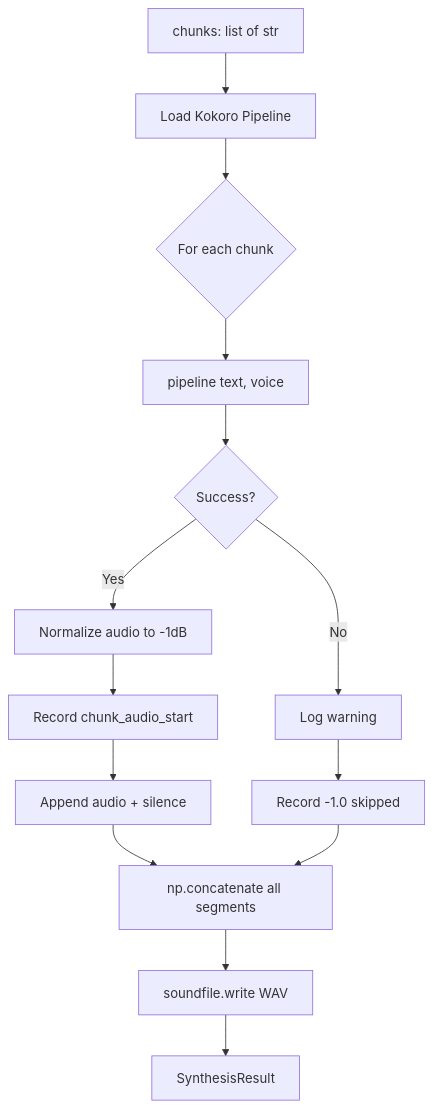
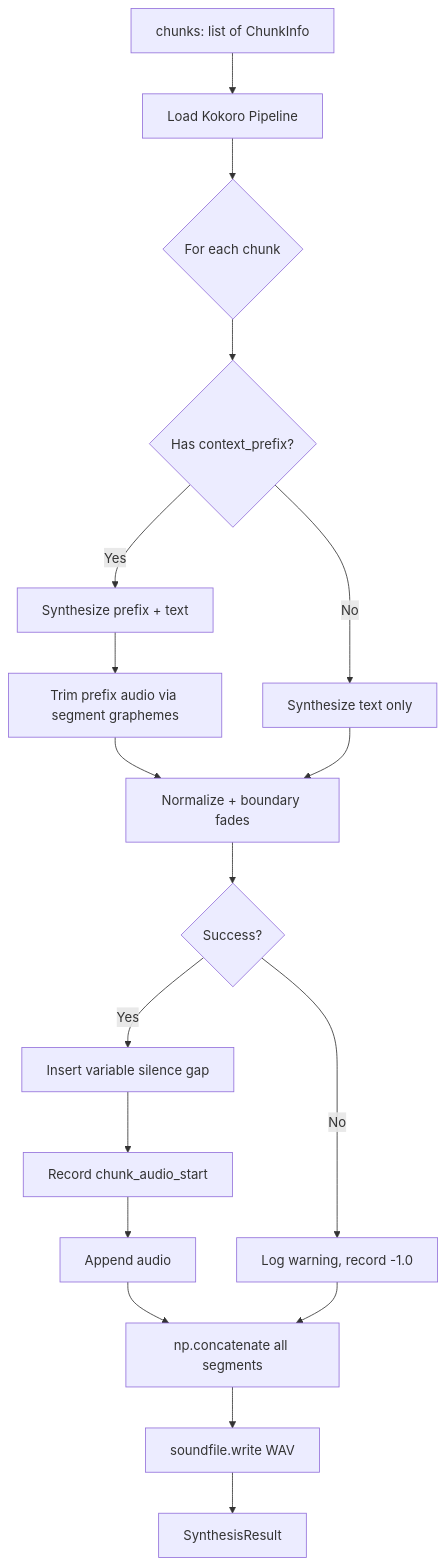
Before and after one commit to jkoeh/openshelf: the diagram in pipeline/docs/step3-tts.md, drawn with Mermaid. The commit also changed other lines of this file and 39 other files, not shown here.

````diff
--- a/pipeline/docs/step3-tts.md
+++ b/pipeline/docs/step3-tts.md
@@ -10,16 +10,20 @@
 ```mermaid
 graph TD
-    A[chunks: list of str] --> B[Load Kokoro Pipeline]
+    A[chunks: list of ChunkInfo] --> B[Load Kokoro Pipeline]
     B --> C{For each chunk}
-    C --> D[pipeline text, voice]
-    D --> E{Success?}
-    E -->|Yes| F[Normalize audio to -1dB]
-    F --> G[Record chunk_audio_start]
-    G --> H[Append audio + silence]
-    E -->|No| I[Log warning]
-    I --> J[Record -1.0 skipped]
-    H --> K[np.concatenate all segments]
-    J --> K
-    K --> L[soundfile.write WAV]
-    L --> M[SynthesisResult]
+    C --> D{Has context_prefix?}
+    D -->|Yes| E[Synthesize prefix + text]
+    E --> F[Trim prefix audio via segment graphemes]
+    D -->|No| G[Synthesize text only]
+    F --> H[Normalize + boundary fades]
+    G --> H
+    H --> I{Success?}
+    I -->|Yes| J[Insert variable silence gap]
+    J --> K[Record chunk_audio_start]
+    K --> L[Append audio]
+    I -->|No| M[Log warning, record -1.0]
+    L --> N[np.concatenate all segments]
+    M --> N
+    N --> O[soundfile.write WAV]
+    O --> P[SynthesisResult]
 ```
````
